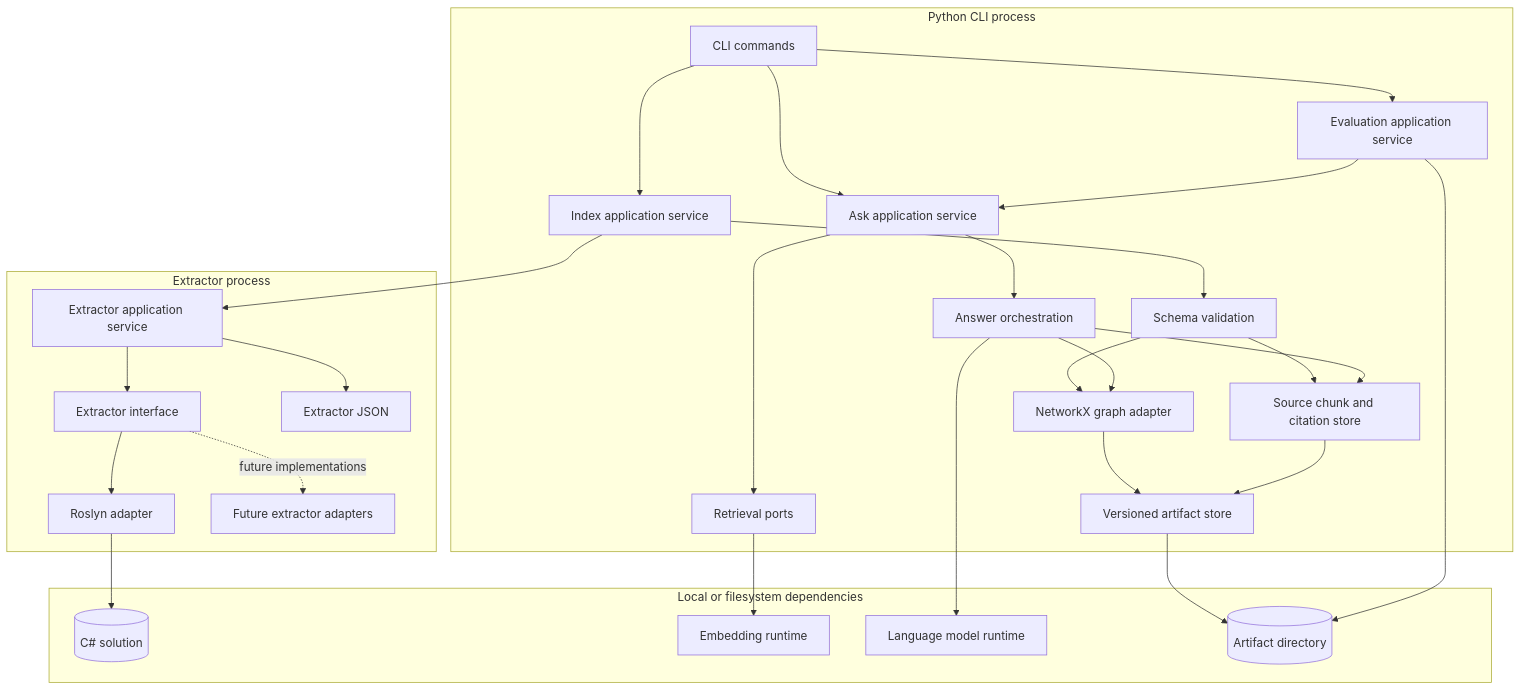
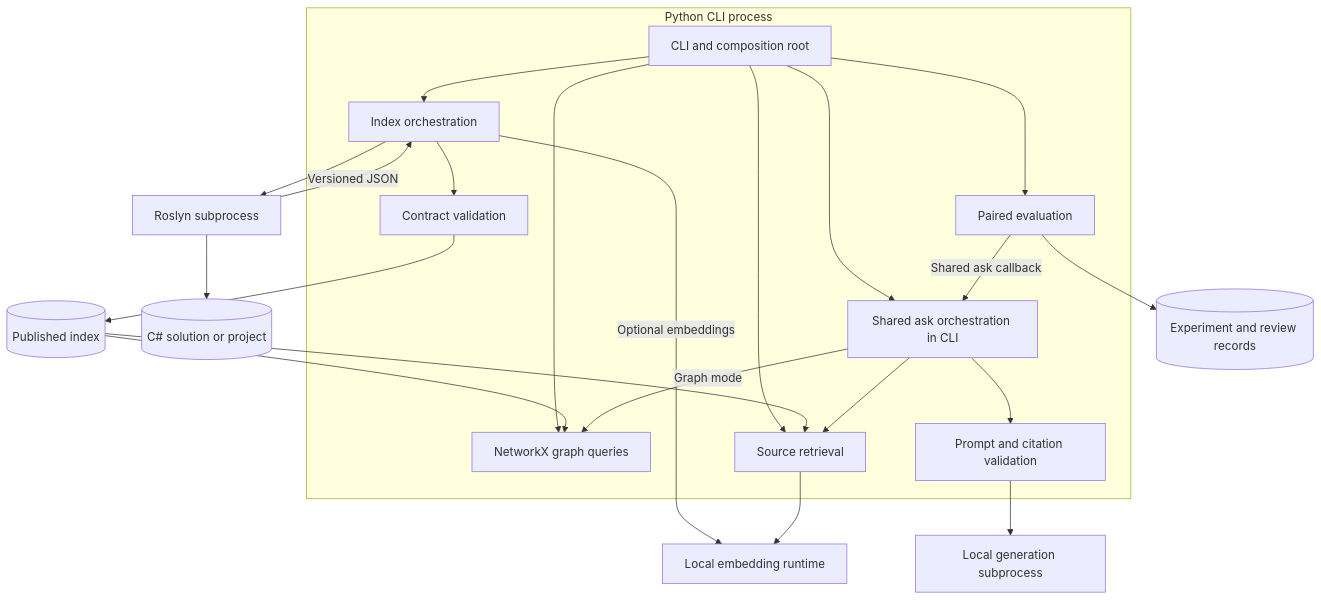
Before and after one commit to LeVortic/archie-graphs: the second of 5 diagrams in ARCHITECTURE.md, drawn with Mermaid. The commit also changed other lines of this file and 3 other files, not shown here.

First line of the commit message:
docs(architecture & V1 portability)

````diff
--- a/ARCHITECTURE.md
+++ b/ARCHITECTURE.md
@@ -28,44 +37,32 @@
 ```mermaid
 flowchart TB
     subgraph Python[Python CLI process]
-        Commands[CLI commands]
-        IndexApp[Index application service]
-        AskApp[Ask application service]
-        EvalApp[Evaluation application service]
-        Graph[NetworkX graph adapter]
-        Source[Source chunk and citation store]
-        Retrieval[Retrieval ports]
-        Answer[Answer orchestration]
-        Schemas[Schema validation]
-        Artifacts[Versioned artifact store]
+        CLI[CLI and composition root]
+        Index[Index orchestration]
+        Ask[Shared ask orchestration in CLI]
+        Evaluate[Paired evaluation]
+        Inspect[NetworkX graph queries]
+        Retrieval[Source retrieval]
+        Answer[Prompt and citation validation]
+        Validation[Contract validation]
     end
+    Roslyn[Roslyn subprocess]
+    Repository[(C# solution or project)]
+    Files[(Published index)]
+    Embeddings[Local embedding runtime]
+    LLM[Local generation subprocess]
+    Runs[(Experiment and review records)]
 
-    subgraph ExtractorProcess[Extractor process]
-        ExtractorApp[Extractor application service]
-        ExtractorPort[Extractor interface]
-        Roslyn[Roslyn adapter]
-        OtherExtractors[Future extractor adapters]
-        ExtractorOutput[Extractor JSON]
-    end
-
-    subgraph External[Local or filesystem dependencies]
-        Repository[(C# solution)]
-        Embeddings[Embedding runtime]
-        LLM[Language model runtime]
-        Files[(Artifact directory)]
-    end
-
-    Commands --> IndexApp & AskApp & EvalApp
-    IndexApp --> ExtractorApp
-    ExtractorApp --> ExtractorPort
-    ExtractorPort --> Roslyn --> Repository
-    ExtractorPort -. future implementations .-> OtherExtractors
-    ExtractorApp --> ExtractorOutput
-    IndexApp --> Schemas --> Graph & Source
-    Graph & Source --> Artifacts --> Files
-    AskApp --> Retrieval --> Embeddings
-    AskApp --> Answer --> LLM
-    Answer --> Graph & Source
-    EvalApp --> AskApp
-    EvalApp --> Files
+    CLI --> Index & Ask & Inspect & Evaluate & Retrieval
+    Index --> Roslyn --> Repository
+    Roslyn -->|Versioned JSON| Index
+    Index --> Validation --> Files
+    Index -->|Optional embeddings| Embeddings
+    Files --> Inspect & Retrieval
+    Evaluate -->|Shared ask callback| Ask
+    Evaluate --> Runs
+    Ask --> Retrieval & Answer
+    Ask -->|Graph mode| Inspect
+    Retrieval --> Embeddings
+    Answer --> LLM
 ```
````
